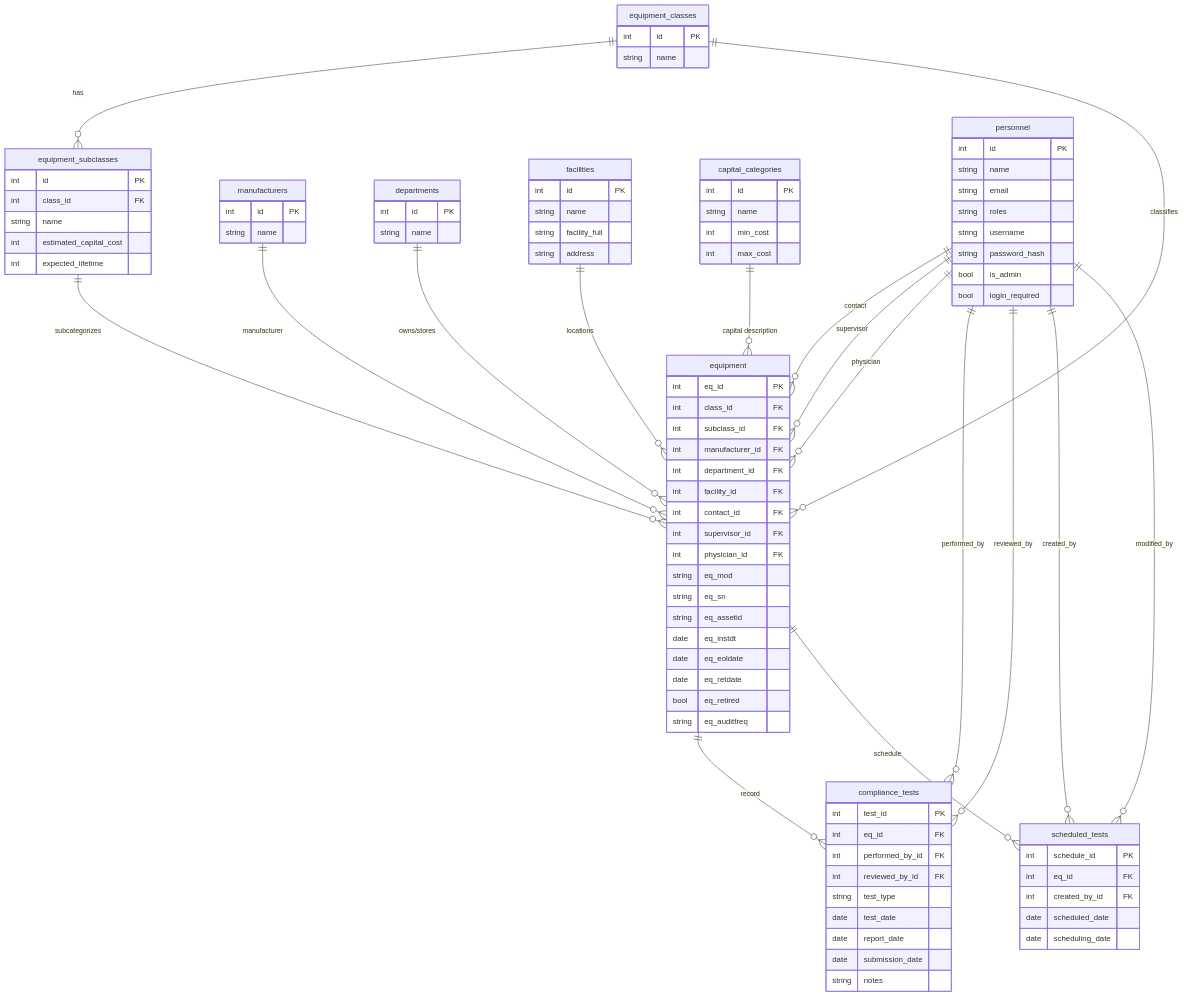
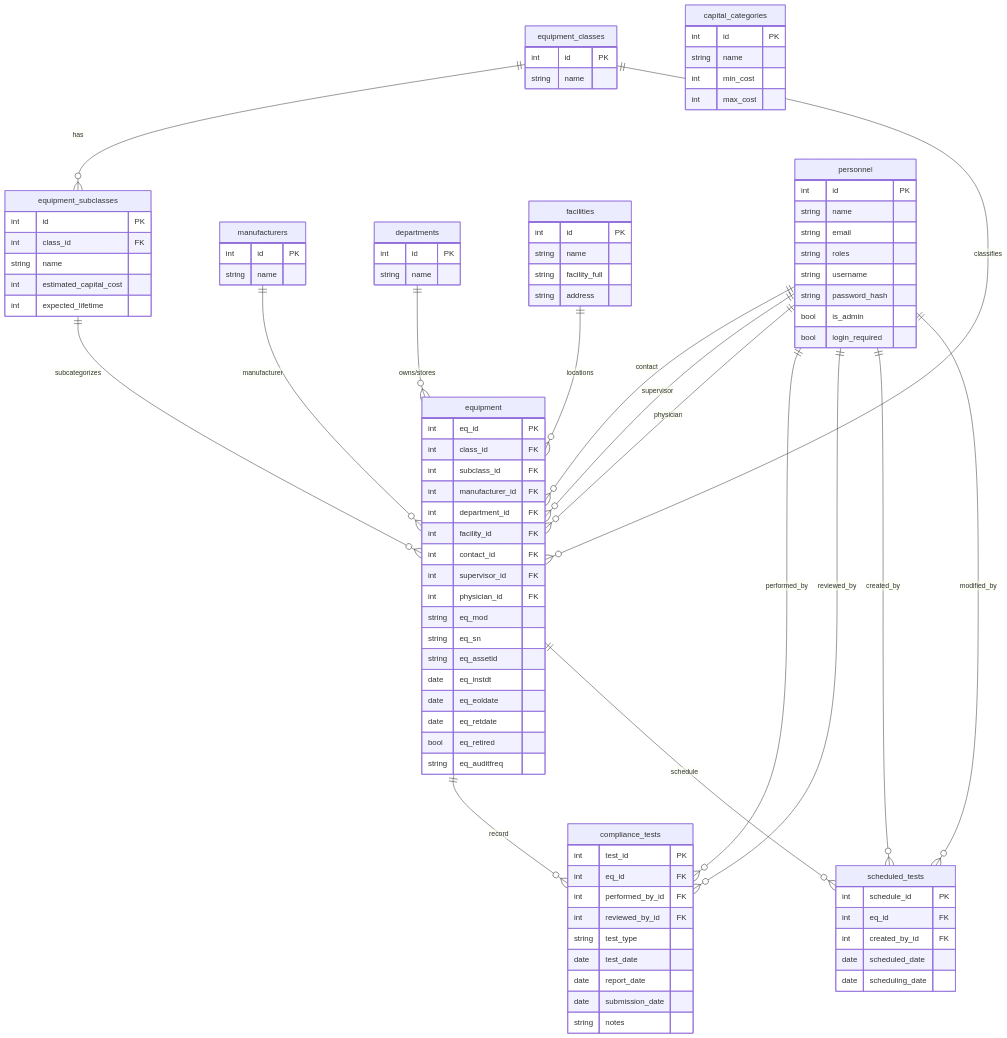
One commit to nickbevins/rems changed the diagram in DATABASE_DIAGRAM.md. Above: the diagram before and after it, drawn with Mermaid. The commit also changed 4 other files, not shown here.

```diff
--- a/DATABASE_DIAGRAM.md
+++ b/DATABASE_DIAGRAM.md
@@ -8,7 +8,6 @@
     manufacturers ||--o{ equipment : "manufacturer"
     departments ||--o{ equipment : "owns/stores"
     facilities ||--o{ equipment : "locations"
-    capital_categories ||--o{ equipment : "capital description"
 
     personnel ||--o{ equipment : "contact"
     personnel ||--o{ equipment : "supervisor"
```
